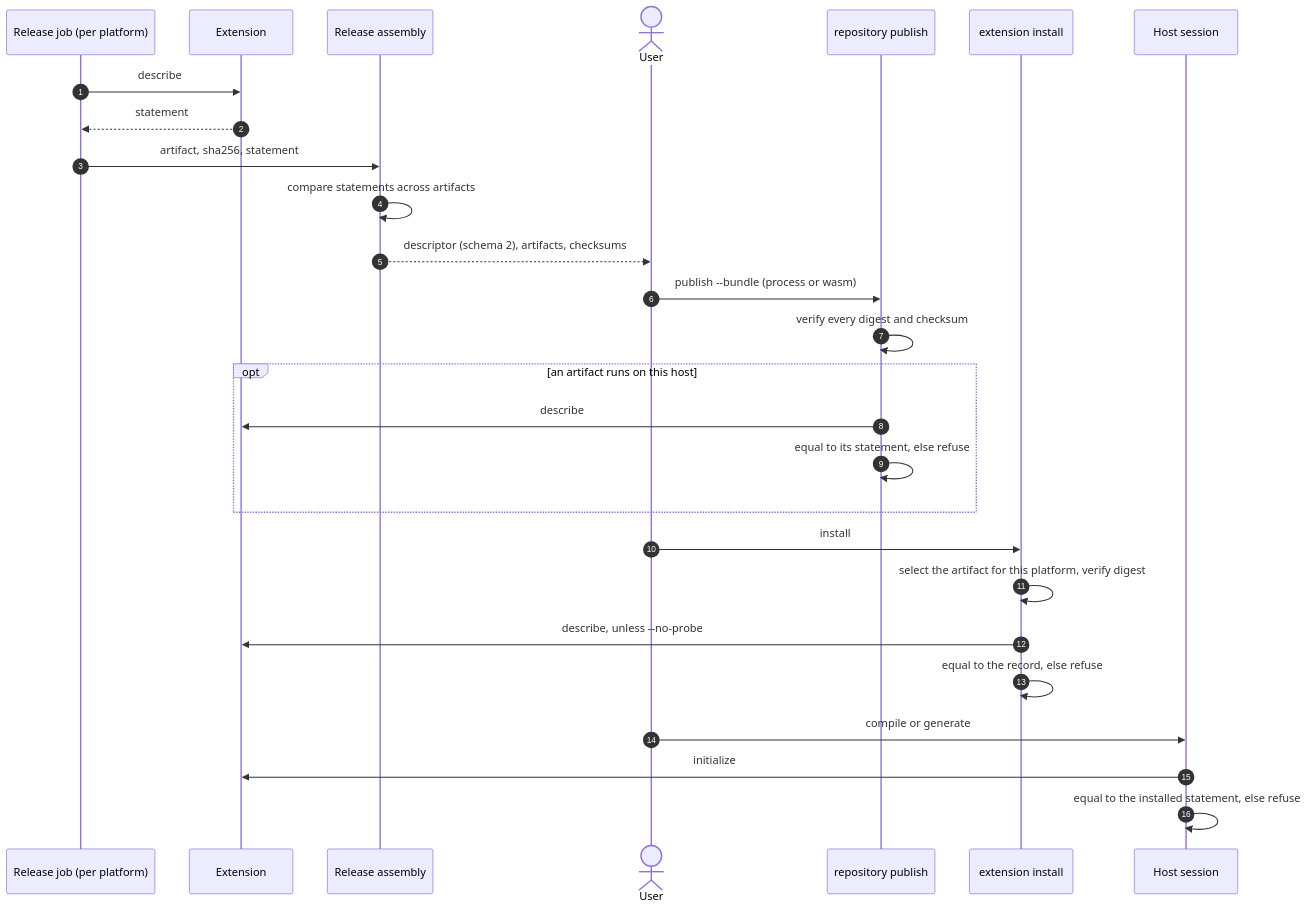
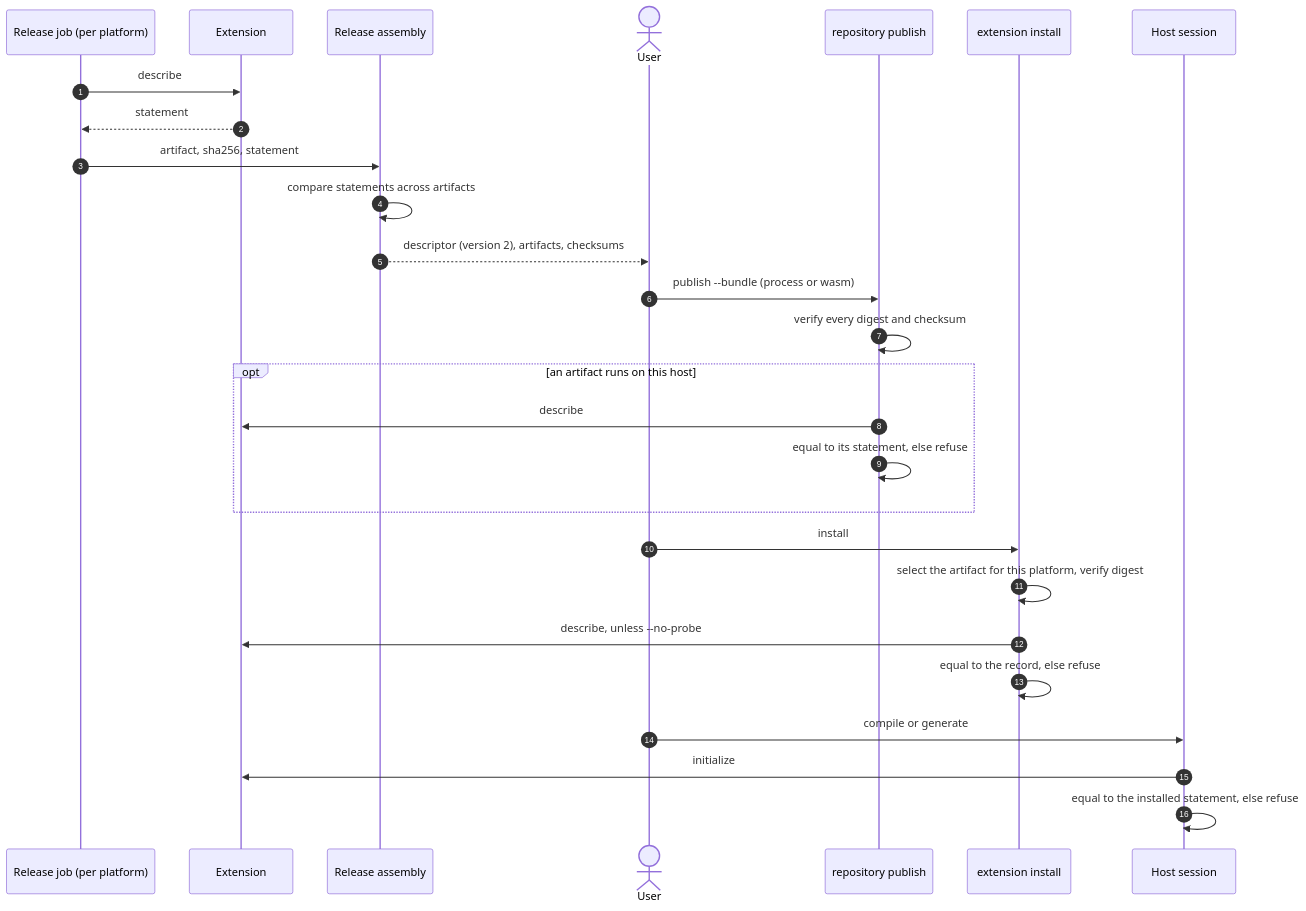
Before and after one commit to finos/morphir: the third of 3 diagrams in docs/design/draft/extensions/distribution-and-acquisition.md, drawn with Mermaid. The commit also changed other lines of this file and 10 other files, not shown here.

````diff
--- a/docs/design/draft/extensions/distribution-and-acquisition.md
+++ b/docs/design/draft/extensions/distribution-and-acquisition.md
@@ -263,30 +266,30 @@
 ```mermaid
 sequenceDiagram
     autonumber
     participant CI as Release job (per platform)
     participant Guest as Extension
     participant Asm as Release assembly
     actor User
     participant Repo as repository publish
     participant Inst as extension install
     participant Host as Host session
 
     CI->>Guest: describe
     Guest-->>CI: statement
     CI->>Asm: artifact, sha256, statement
     Asm->>Asm: compare statements across artifacts
-    Asm-->>User: descriptor (schema 2), artifacts, checksums
+    Asm-->>User: descriptor (version 2), artifacts, checksums
     User->>Repo: publish --bundle (process or wasm)
     Repo->>Repo: verify every digest and checksum
     opt an artifact runs on this host
         Repo->>Guest: describe
         Repo->>Repo: equal to its statement, else refuse
     end
     User->>Inst: install
     Inst->>Inst: select the artifact for this platform, verify digest
     Inst->>Guest: describe, unless --no-probe
     Inst->>Inst: equal to the record, else refuse
     User->>Host: compile or generate
     Host->>Guest: initialize
     Host->>Host: equal to the installed statement, else refuse
 ```
````
